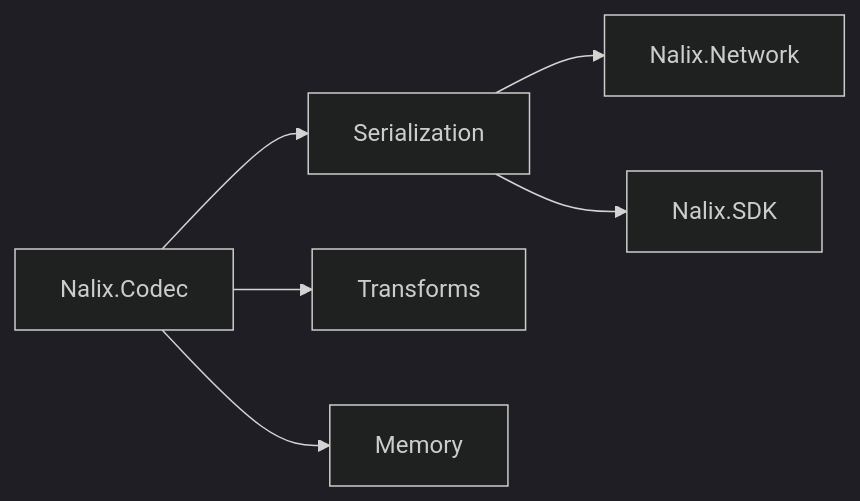
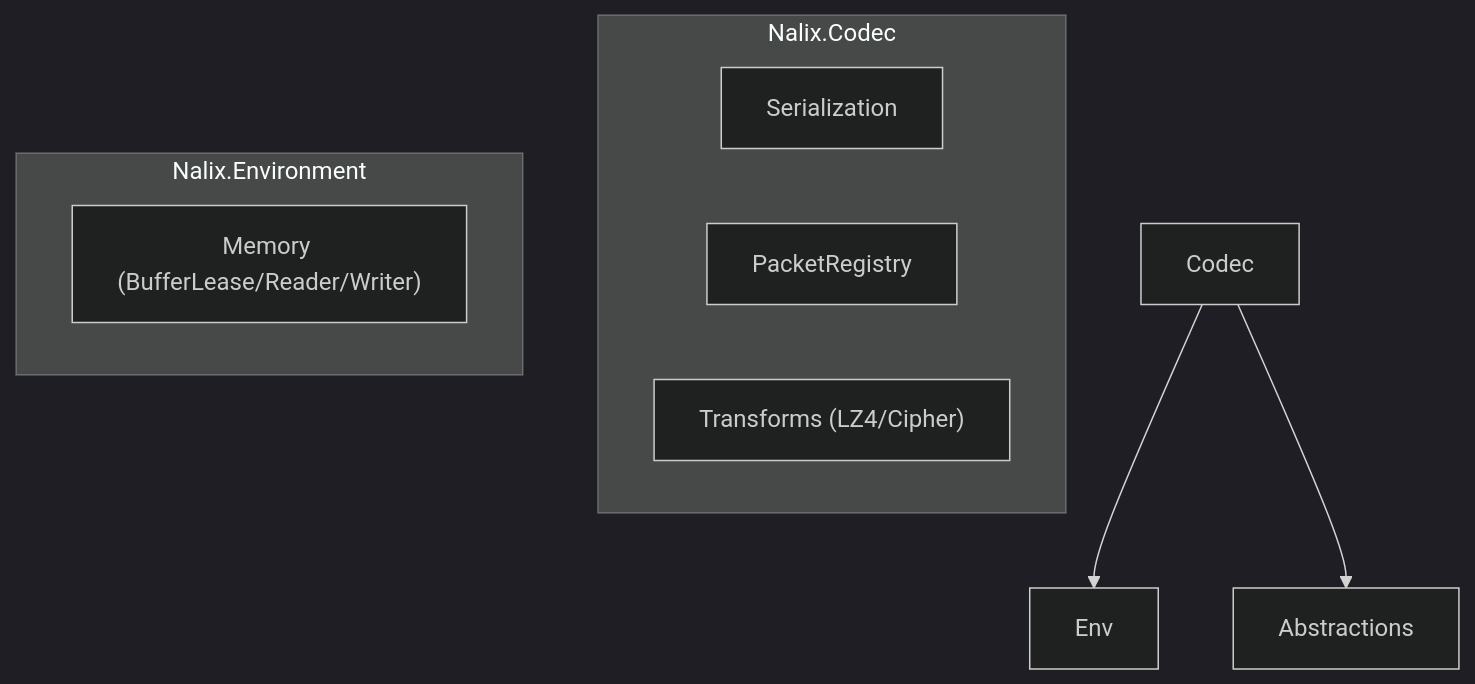
Before and after one commit to ppn-systems/Nalix: the first of 2 diagrams in docs/packages/nalix-codec.md, drawn with Mermaid (dark theme). The commit also changed other lines of this file and 69 other files, not shown here.

````diff
--- a/docs/packages/nalix-codec.md
+++ b/docs/packages/nalix-codec.md
@@ -14,8 +14,15 @@
 ```mermaid
-flowchart LR
-    A["Nalix.Codec"] --> B["Serialization"]
-    A --> C["Transforms"]
-    A --> D["Memory"]
-    B --> E["Nalix.Network"]
-    B --> F["Nalix.SDK"]
+flowchart TD
+    subgraph Core ["Nalix.Codec"]
+        Serialization["Serialization"]
+        Registry["PacketRegistry"]
+        Transforms["Transforms (LZ4/Cipher)"]
+    end
+
+    subgraph Base ["Nalix.Environment"]
+        Memory["Memory (BufferLease/Reader/Writer)"]
+    end
+
+    Codec --> Env
+    Codec --> Abstractions
 ```
````
